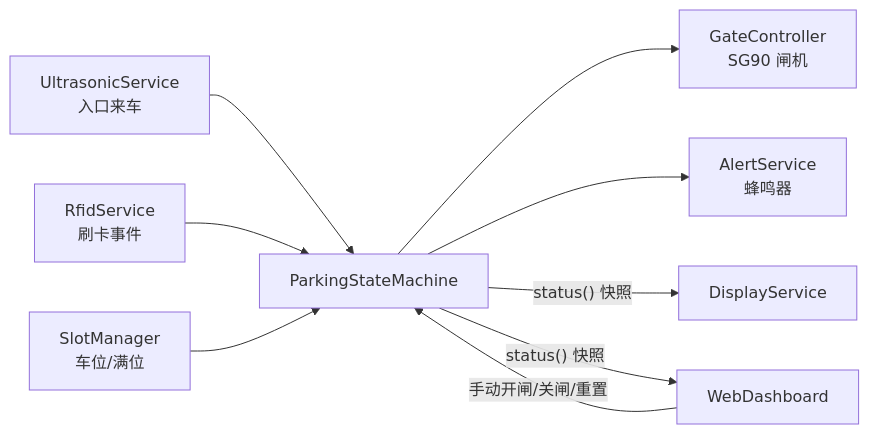
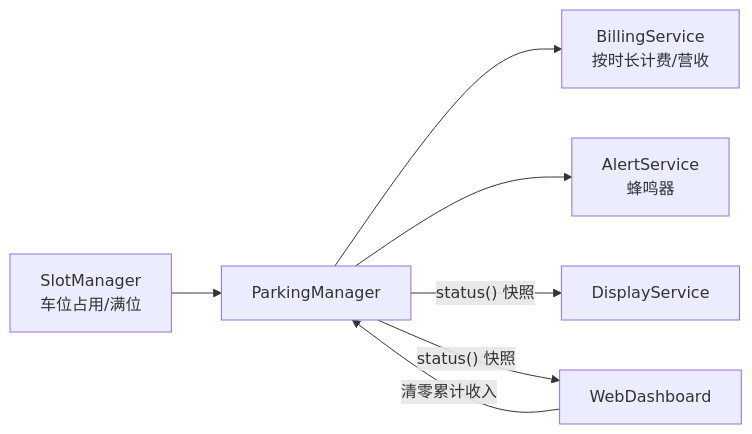
One commit to JacksonTai2007/esp32-smart-parking-system changed the first of 2 diagrams in docs/architecture.md. Above: the diagram before and after it, drawn with Mermaid. The commit also changed other lines of this file and 35 other files, not shown here.

````diff
--- a/docs/architecture.md
+++ b/docs/architecture.md
@@ -27,11 +32,9 @@
 ```mermaid
 flowchart LR
-    SONAR[UltrasonicService<br/>入口来车] --> SM[ParkingStateMachine]
-    RFID[RfidService<br/>刷卡事件] --> SM
-    SLOTS[SlotManager<br/>车位/满位] --> SM
-    SM --> GATE[GateController<br/>SG90 闸机]
-    SM --> ALERT[AlertService<br/>蜂鸣器]
-    SM -- "status() 快照" --> OLED[DisplayService]
-    SM -- "status() 快照" --> WEB[WebDashboard]
-    WEB -- "手动开闸/关闸/重置" --> SM
+    SLOTS[SlotManager<br/>车位占用/满位] --> PM[ParkingManager]
+    PM --> BILL[BillingService<br/>按时长计费/营收]
+    PM --> ALERT[AlertService<br/>蜂鸣器]
+    PM -- "status() 快照" --> OLED[DisplayService]
+    PM -- "status() 快照" --> WEB[WebDashboard]
+    WEB -- "清零累计收入" --> PM
 ```
````
